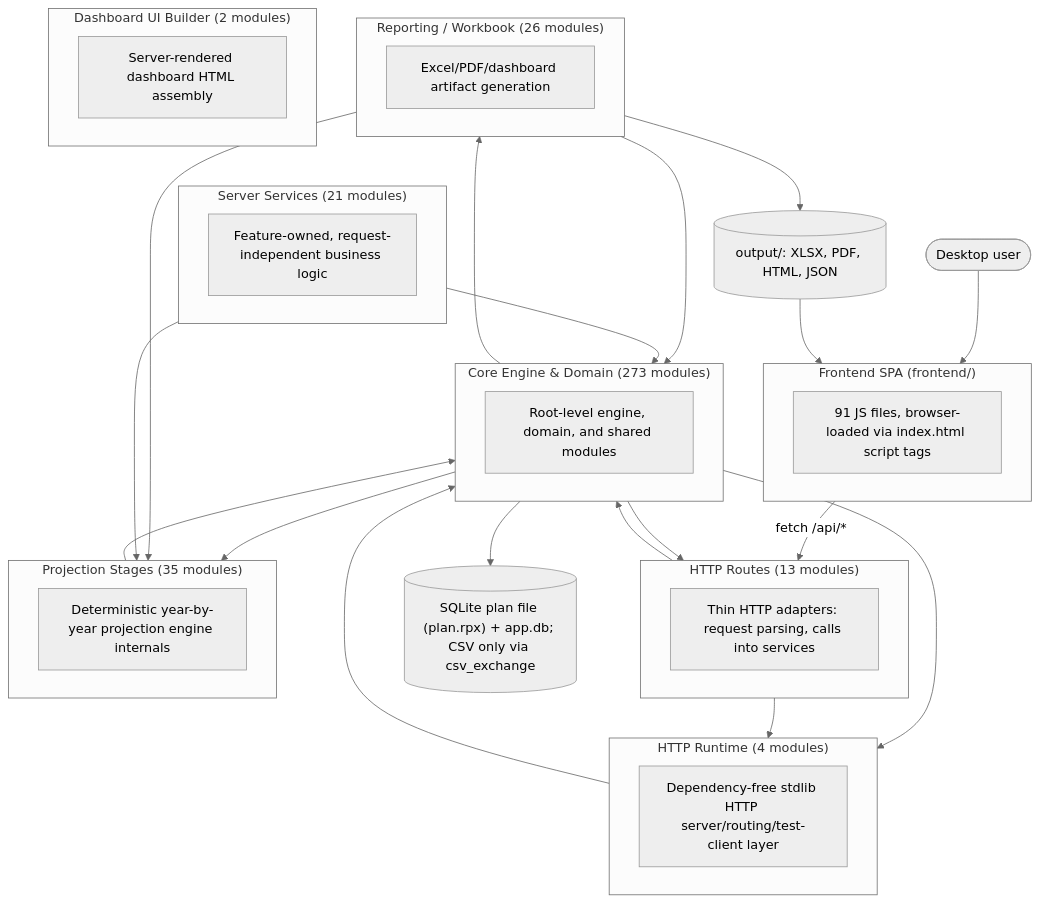
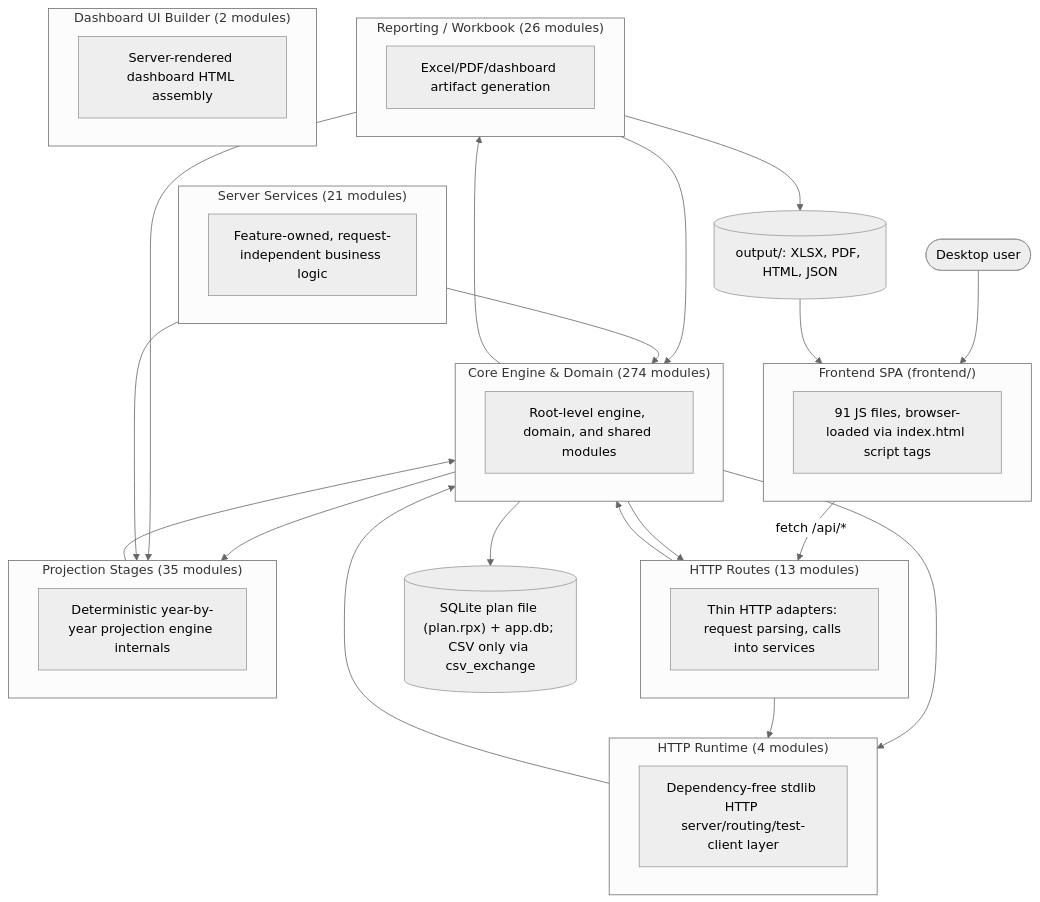
The first of 2 diagrams in documentation/reference/SYSTEM_ARCHITECTURE_DIAGRAM.md (matthartzman/retirement_system), drawn with Mermaid (neutral theme) before and after one commit. The commit also changed other lines of this file and 12 other files, not shown here.

````diff
--- a/documentation/reference/SYSTEM_ARCHITECTURE_DIAGRAM.md
+++ b/documentation/reference/SYSTEM_ARCHITECTURE_DIAGRAM.md
@@ -11,44 +11,44 @@
 ```mermaid
 flowchart TB
     User(["Desktop user"]) --> FE
     subgraph FE["Frontend SPA (frontend/)"]
         FEcount["91 JS files, browser-loaded via index.html script tags"]
     end
     FE -->|fetch /api/*| L_HTTP_Routes
     subgraph L_HTTP_Routes["HTTP Routes (13 modules)"]
         L_HTTP_Routes_d["Thin HTTP adapters: request parsing, calls into services"]
     end
     subgraph L_Server_Services["Server Services (21 modules)"]
         L_Server_Services_d["Feature-owned, request-independent business logic"]
     end
     subgraph L_HTTP_Runtime["HTTP Runtime (4 modules)"]
         L_HTTP_Runtime_d["Dependency-free stdlib HTTP server/routing/test-client layer"]
     end
-    subgraph L_Core_Engine___Domain["Core Engine & Domain (273 modules)"]
+    subgraph L_Core_Engine___Domain["Core Engine & Domain (274 modules)"]
         L_Core_Engine___Domain_d["Root-level engine, domain, and shared modules"]
     end
     subgraph L_Projection_Stages["Projection Stages (35 modules)"]
         L_Projection_Stages_d["Deterministic year-by-year projection engine internals"]
     end
     subgraph L_Reporting___Workbook["Reporting / Workbook (26 modules)"]
         L_Reporting___Workbook_d["Excel/PDF/dashboard artifact generation"]
     end
     subgraph L_Dashboard_UI_Builder["Dashboard UI Builder (2 modules)"]
         L_Dashboard_UI_Builder_d["Server-rendered dashboard HTML assembly"]
     end
     L_Core_Engine___Domain --> L_HTTP_Routes
     L_Core_Engine___Domain --> L_HTTP_Runtime
     L_Core_Engine___Domain --> L_Projection_Stages
     L_Core_Engine___Domain --> L_Reporting___Workbook
     L_HTTP_Routes --> L_Core_Engine___Domain
     L_HTTP_Routes --> L_HTTP_Runtime
     L_HTTP_Runtime --> L_Core_Engine___Domain
     L_Projection_Stages --> L_Core_Engine___Domain
     L_Reporting___Workbook --> L_Core_Engine___Domain
     L_Reporting___Workbook --> L_Projection_Stages
     L_Server_Services --> L_Core_Engine___Domain
     L_Server_Services --> L_Projection_Stages
     L_Core_Engine___Domain --> DB[("SQLite plan file (plan.rpx) + app.db; CSV only via csv_exchange")]
     L_Reporting___Workbook --> Outputs[("output/: XLSX, PDF, HTML, JSON")]
     Outputs --> FE
 ```
````
